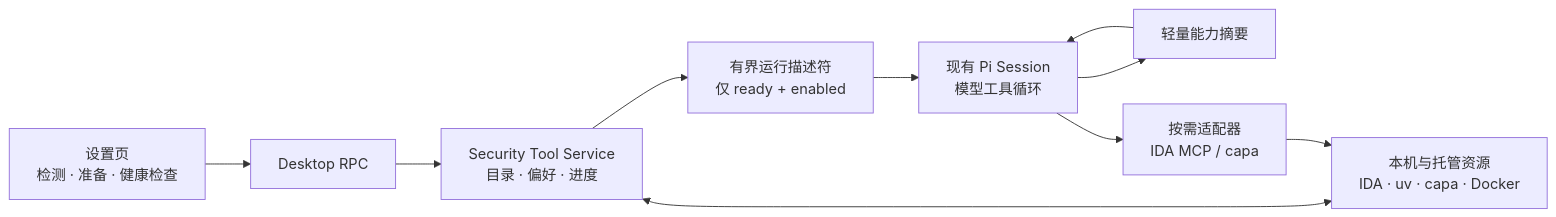
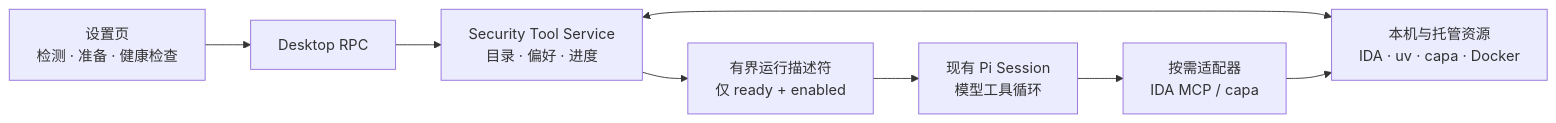
Before and after one commit to MetatronPrototype/milksu: the third of 5 diagrams in docs/architecture/current-system.md, drawn with Mermaid. The commit also changed other lines of this file and 3 other files, not shown here.

````diff
--- a/docs/architecture/current-system.md
+++ b/docs/architecture/current-system.md
@@ -165,17 +165,15 @@
 ```mermaid
 flowchart LR
     settings["设置页<br/>检测 · 准备 · 健康检查"]
     rpc["Desktop RPC"]
     service["Security Tool Service<br/>目录 · 偏好 · 进度"]
     local["本机与托管资源<br/>IDA · uv · capa · Docker"]
     descriptor["有界运行描述符<br/>仅 ready + enabled"]
     pi["现有 Pi Session<br/>模型工具循环"]
-    index["轻量能力摘要"]
     adapter["按需适配器<br/>IDA MCP / capa"]
 
     settings --> rpc --> service
     service <--> local
     service --> descriptor --> pi
-    pi --> index --> pi
     pi --> adapter --> local
 ```
````
